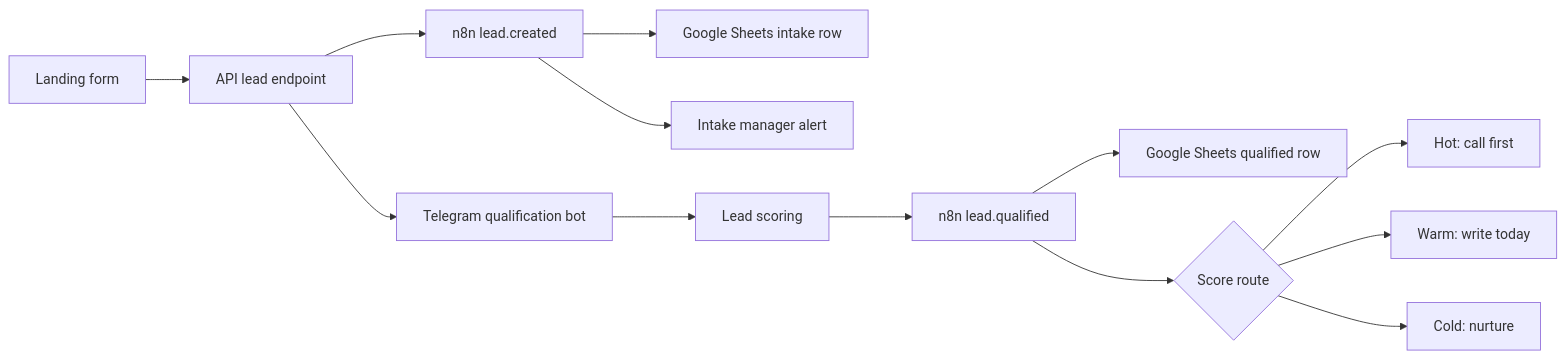
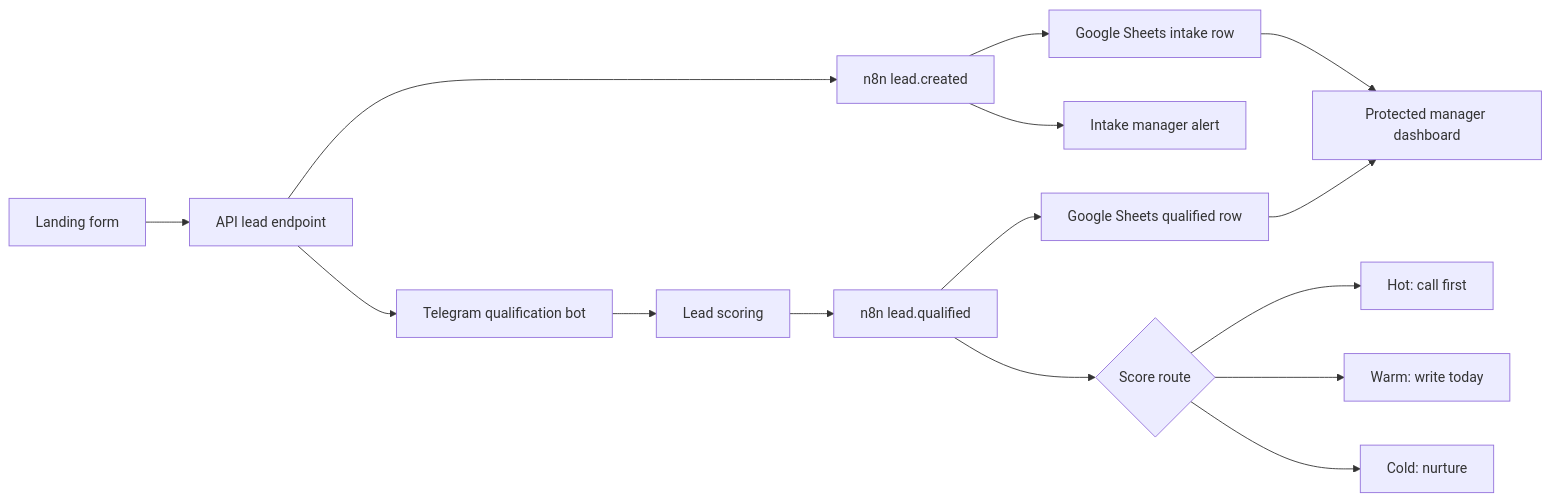
The diagram in docs/architecture.md (metamorphicc/SkillBridge-Academy), drawn with Mermaid before and after one commit. The commit also changed other lines of this file and 23 other files, not shown here.

````diff
--- a/docs/architecture.md
+++ b/docs/architecture.md
@@ -3,15 +3,17 @@
 ```mermaid
 flowchart LR
   A["Landing form"] --> B["API lead endpoint"]
   B --> C["n8n lead.created"]
   C --> D["Google Sheets intake row"]
   C --> E["Intake manager alert"]
+  D --> N["Protected manager dashboard"]
   B --> F["Telegram qualification bot"]
   F --> G["Lead scoring"]
   G --> H["n8n lead.qualified"]
   H --> I["Google Sheets qualified row"]
+  I --> N
   H --> J{"Score route"}
   J --> K["Hot: call first"]
   J --> L["Warm: write today"]
   J --> M["Cold: nurture"]
 ```
````
